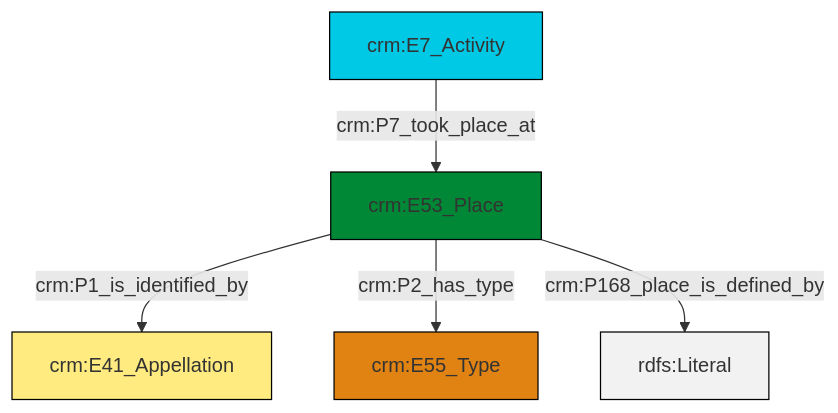
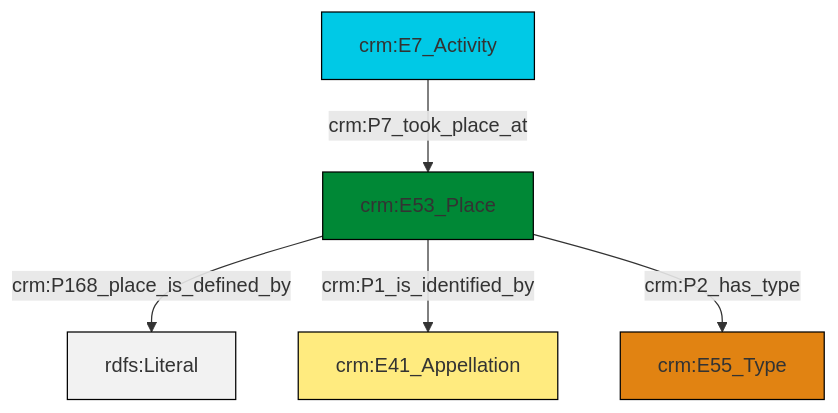
Before and after one commit to swiss-art-research-net/docs.swissartresearch: the diagram in et/eventCSV/ttl/mmd/event_location.ttl.mmd, drawn with Mermaid. The commit also changed 175 other files, not shown here.

```diff
--- a/et/eventCSV/ttl/mmd/event_location.ttl.mmd
+++ b/et/eventCSV/ttl/mmd/event_location.ttl.mmd
@@ -1,19 +1,19 @@
 graph TD
 classDef Literal fill:#f2f2f2,stroke:#000000;
 classDef CRM_Entity fill:#FFFFFF,stroke:#000000;
 classDef Temporal_Entity fill:#00C9E6, stroke:#000000;
 classDef Type fill:#E18312, stroke:#000000;
 classDef Time-Span fill:#2C9C91, stroke:#000000;
 classDef Appellation fill:#FFEB7F, stroke:#000000;
 classDef Place fill:#008836, stroke:#000000;
 classDef Persistent_Item fill:#B266B2, stroke:#000000;
 classDef Conceptual_Object fill:#FFD700, stroke:#000000;
 classDef Physical_Thing fill:#D2B48C, stroke:#000000;
 classDef Actor fill:#f58aad, stroke:#000000;
 classDef PC_Classes fill:#4ce600, stroke:#000000;
 classDef Multi fill:#cccccc,stroke:#000000;
 
-0["crm:E53_Place"]:::Place -->|crm:P1_is_identified_by| 2["crm:E41_Appellation"]:::Appellation
-0["crm:E53_Place"]:::Place -->|crm:P2_has_type| 4["crm:E55_Type"]:::Type
-0["crm:E53_Place"]:::Place -->|crm:P168_place_is_defined_by| 5[rdfs:Literal]:::Literal
-6["crm:E7_Activity"]:::Temporal_Entity -->|crm:P7_took_place_at| 0["crm:E53_Place"]:::Place
+4["crm:E7_Activity"]:::Temporal_Entity -->|crm:P7_took_place_at| 2["crm:E53_Place"]:::Place
+2["crm:E53_Place"]:::Place -->|crm:P168_place_is_defined_by| 7[rdfs:Literal]:::Literal
+2["crm:E53_Place"]:::Place -->|crm:P1_is_identified_by| 5["crm:E41_Appellation"]:::Appellation
+2["crm:E53_Place"]:::Place -->|crm:P2_has_type| 0["crm:E55_Type"]:::Type
```
